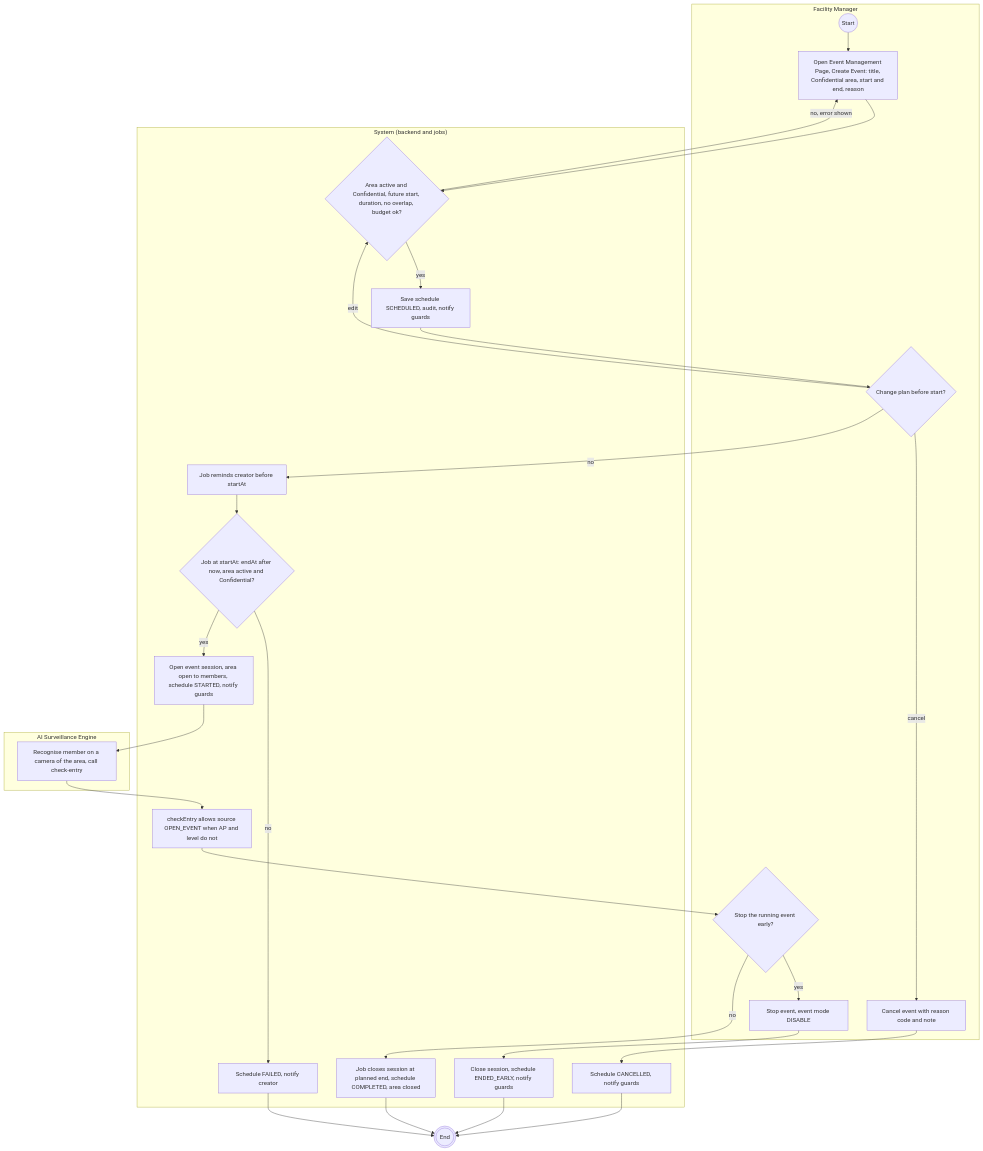
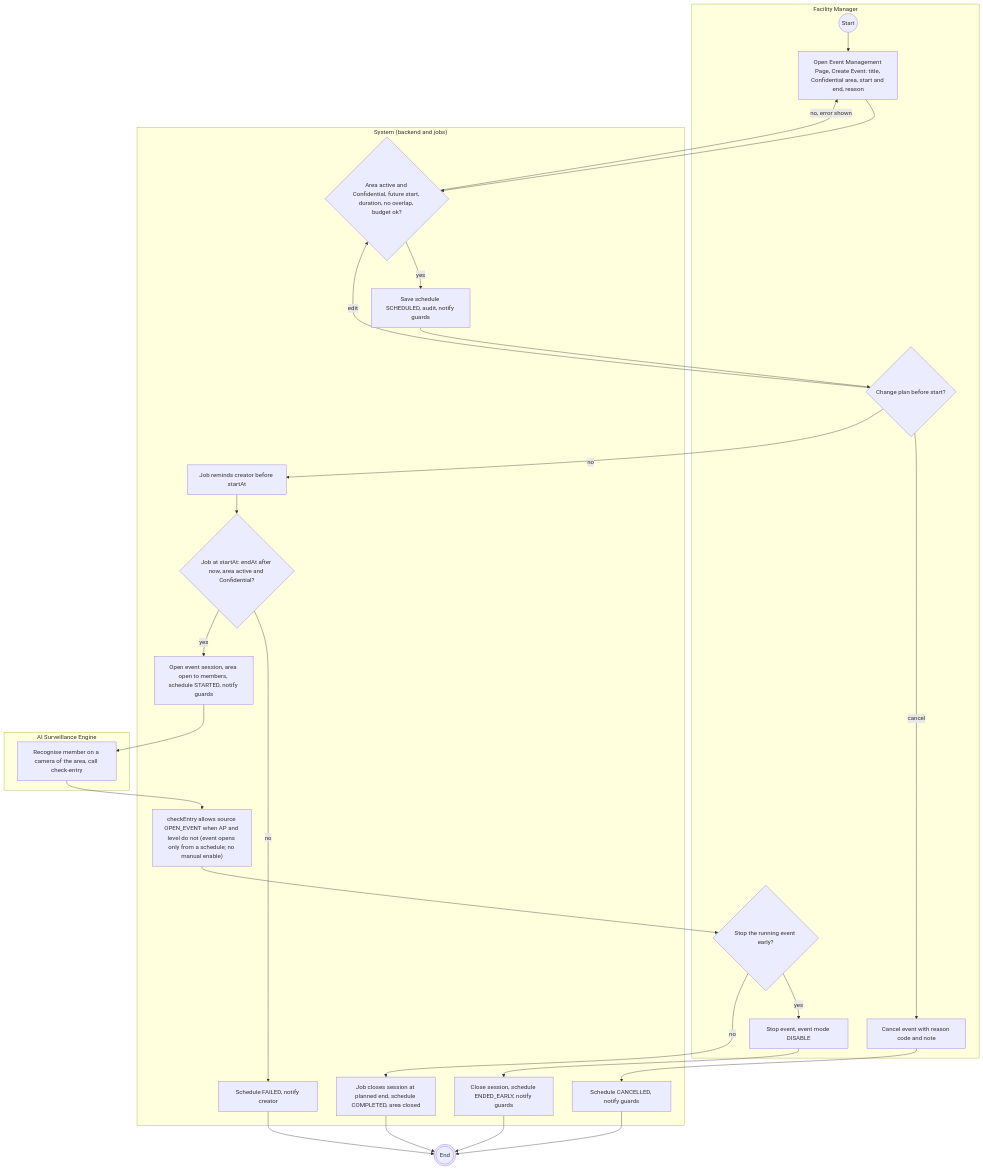
One commit to AnhHao2505/AI-Based-Intelligent-Campus-Security-Surveillance-System changed the diagram in docs/diagrams/activity-event-schedule.mmd. Above: the diagram before and after it, drawn with Mermaid. The commit also changed 7 other files, not shown here.

Commit message:
docs(diagrams): update for access rules (no late review, system finish, one grant per record, schedules only)

```diff
--- a/docs/diagrams/activity-event-schedule.mmd
+++ b/docs/diagrams/activity-event-schedule.mmd
@@ -1,40 +1,40 @@
-%% Title: AD-03 Event schedule workflow · Source: service/AreaService.java (createSchedule, updateSchedule, cancelSchedule, processScheduleReminders, activateScheduleInTx, updateEventMode, cleanupExpiredSessions), scheduler/AreaEventModeScheduler.java, service/AccessDecisionService.java (checkEntry), frontend pages/events/EventManagementPage.jsx · Generated from main @ 84f5565
+%% Title: AD-03 Event schedule workflow · Source: service/AreaService.java (createSchedule, updateSchedule, cancelSchedule, processScheduleReminders, activateScheduleInTx, updateEventMode, cleanupExpiredSessions), scheduler/AreaEventModeScheduler.java, service/AccessDecisionService.java (checkEntry), frontend pages/events/EventManagementPage.jsx · Generated from main @ 84c7760
 flowchart TB
     subgraph FM["Facility Manager"]
         start((Start))
         f1["Open Event Management Page, Create Event: title, Confidential area, start and end, reason"]
         f2{"Change plan before start?"}
         f3["Cancel event with reason code and note"]
         f4{"Stop the running event early?"}
         f5["Stop event, event mode DISABLE"]
     end
 
     subgraph SYS["System (backend and jobs)"]
         s1{"Area active and Confidential, future start, duration, no overlap, budget ok?"}
         s2["Save schedule SCHEDULED, audit, notify guards"]
         s3["Schedule CANCELLED, notify guards"]
         s4["Job reminds creator before startAt"]
         s5{"Job at startAt: endAt after now, area active and Confidential?"}
         s6["Schedule FAILED, notify creator"]
         s7["Open event session, area open to members, schedule STARTED, notify guards"]
-        s8["checkEntry allows source OPEN_EVENT when AP and level do not"]
+        s8["checkEntry allows source OPEN_EVENT when AP and level do not (event opens only from a schedule; no manual enable)"]
         s9["Close session, schedule ENDED_EARLY, notify guards"]
         s10["Job closes session at planned end, schedule COMPLETED, area closed"]
     end
 
     subgraph AI["AI Surveillance Engine"]
         i1["Recognise member on a camera of the area, call check-entry"]
     end
 
     stop(((End)))
 
     start --> f1 --> s1
     s1 -->|no, error shown| f1
     s1 -->|yes| s2 --> f2
     f2 -->|edit| s1
     f2 -->|cancel| f3 --> s3 --> stop
     f2 -->|no| s4 --> s5
     s5 -->|no| s6 --> stop
     s5 -->|yes| s7 --> i1 --> s8 --> f4
     f4 -->|yes| f5 --> s9 --> stop
     f4 -->|no| s10 --> stop
```
